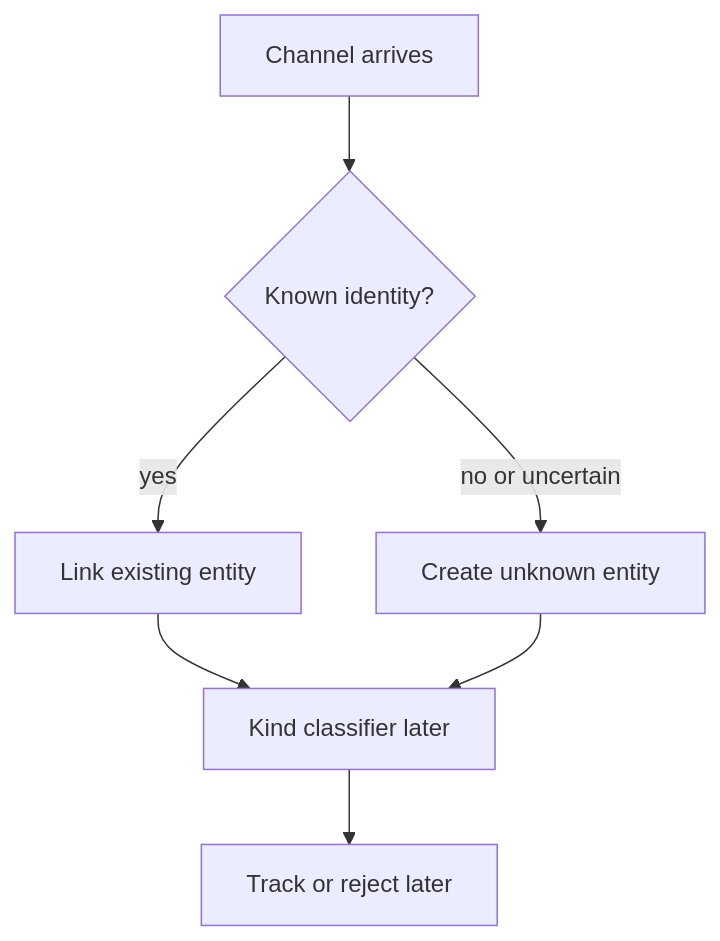
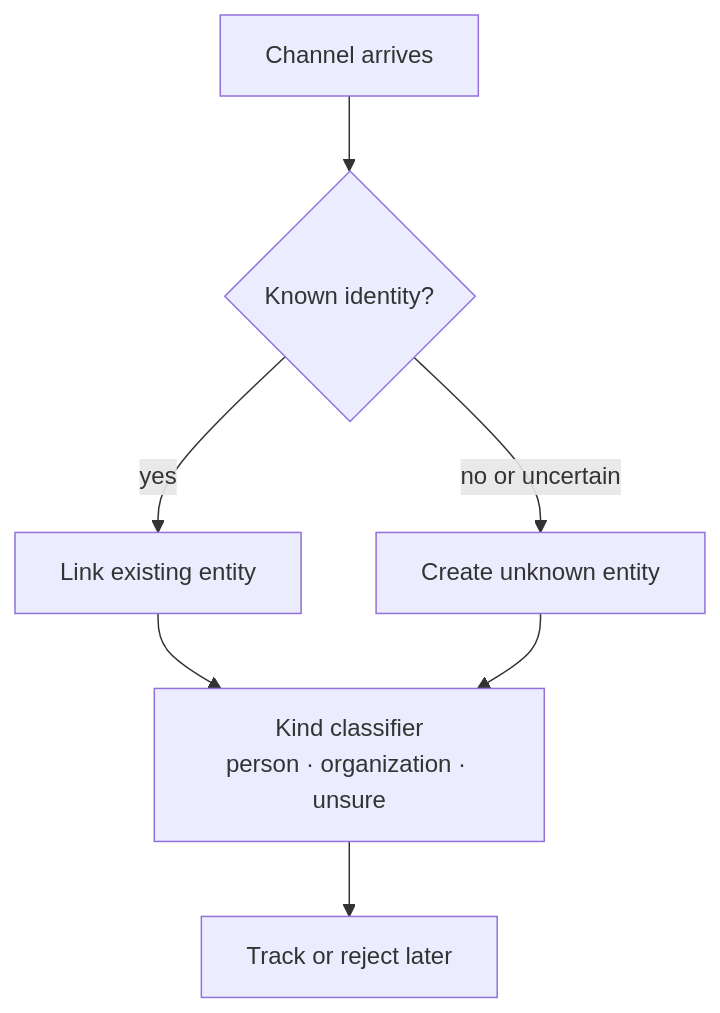
The fourth of 5 diagrams in docs/architecture/overview.md (AdithyanI/frontier-lab-intelligence), drawn with Mermaid before and after one commit. The commit also changed other lines of this file and 8 other files, not shown here.

````diff
--- a/docs/architecture/overview.md
+++ b/docs/architecture/overview.md
@@ -278,16 +284,16 @@
 ```mermaid
 flowchart TD
     C[Channel arrives]
     R{Known identity?}
     E[Link existing entity]
     U[Create unknown entity]
-    K[Kind classifier later]
+    K[Kind classifier<br/>person · organization · unsure]
     D[Track or reject later]
 
     C --> R
     R -->|yes| E
     R -->|no or uncertain| U
     E --> K
     U --> K
     K --> D
 ```
````
